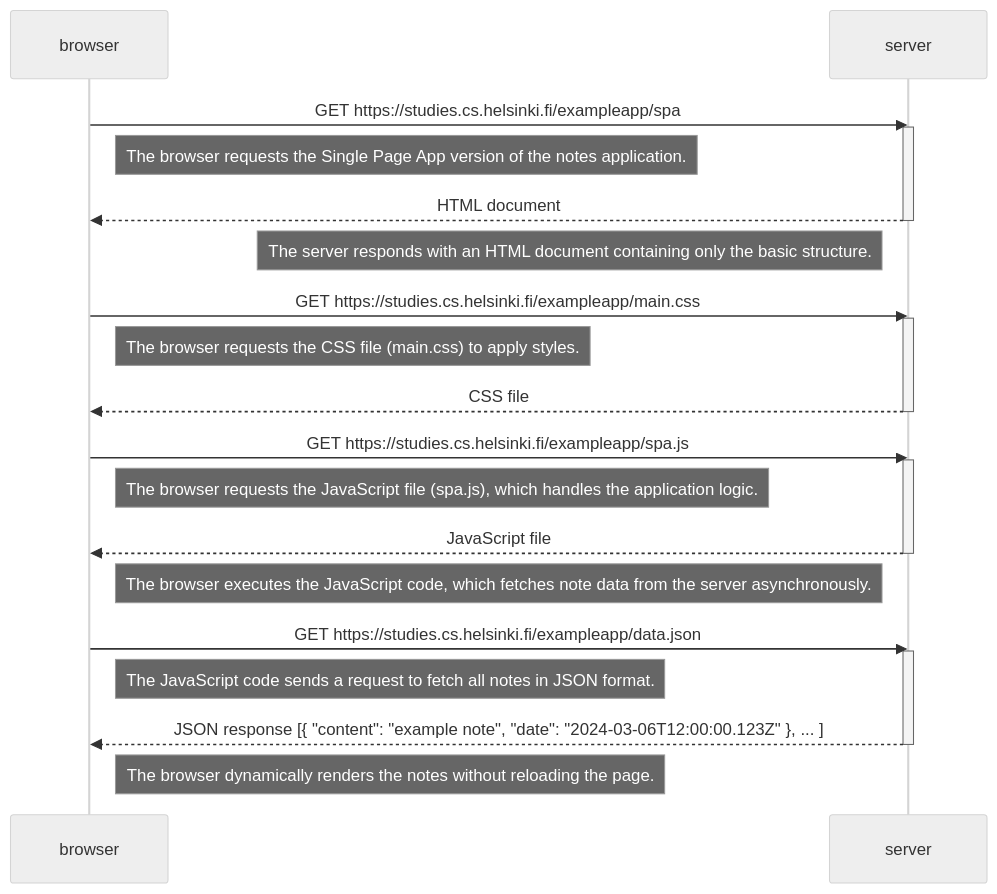
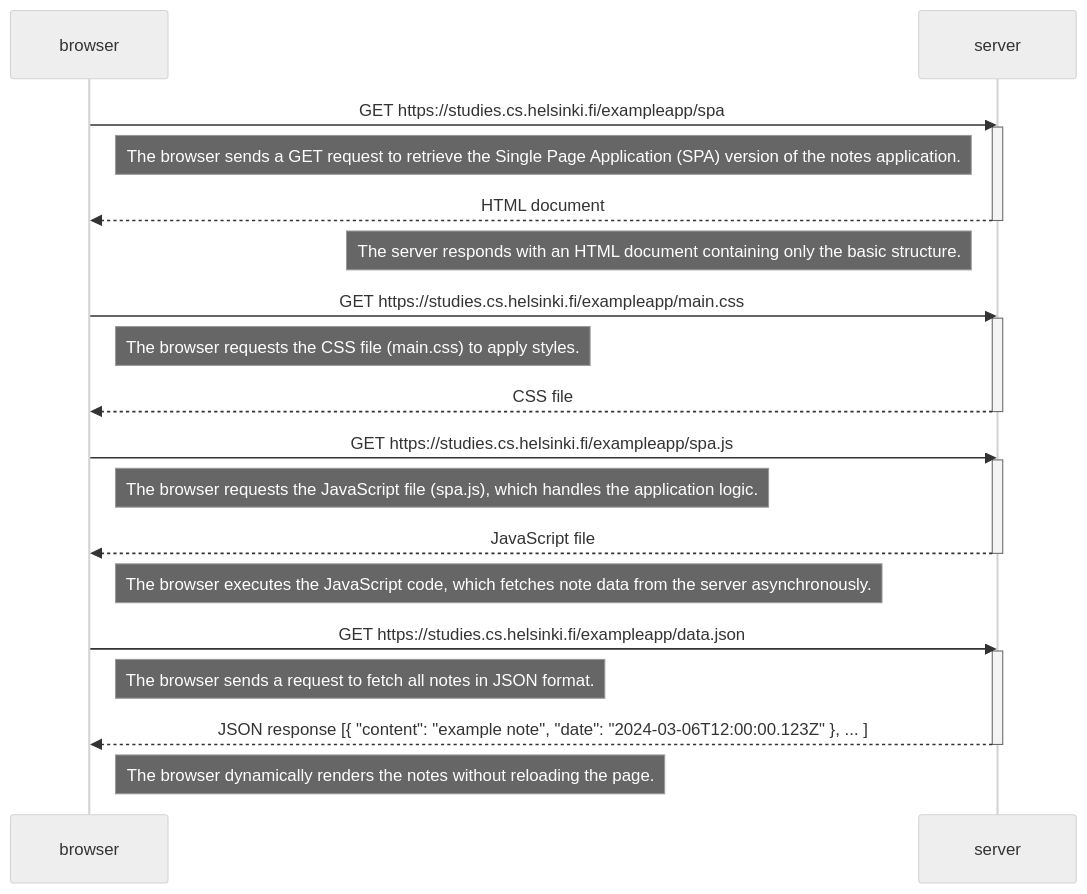
One commit to Maahantuoja/mooc_fullstackopen_palautusrepositorio changed the second of 3 diagrams in osa0/README.md. Above: the diagram before and after it, drawn with Mermaid (neutral theme). The commit also changed other lines of this file, not shown here.

````diff
--- a/osa0/README.md
+++ b/osa0/README.md
@@ -58,43 +58,43 @@
 ```mermaid
 sequenceDiagram
     participant browser
     participant server
 
     browser->>server: GET https://studies.cs.helsinki.fi/exampleapp/spa
     activate server
 
-    Note right of browser: The browser requests the Single Page App version of the notes application.
+    Note right of browser: The browser sends a GET request to retrieve the Single Page Application (SPA) version of the notes application.
 
     server-->>browser: HTML document
     deactivate server
 
     Note left of server: The server responds with an HTML document containing only the basic structure.
 
     browser->>server: GET https://studies.cs.helsinki.fi/exampleapp/main.css
     activate server
 
     Note right of browser: The browser requests the CSS file (main.css) to apply styles.
 
     server-->>browser: CSS file
     deactivate server
     
     browser->>server: GET https://studies.cs.helsinki.fi/exampleapp/spa.js
     activate server
 
     Note right of browser: The browser requests the JavaScript file (spa.js), which handles the application logic.
 
     server-->>browser: JavaScript file
     deactivate server
 
     Note right of browser: The browser executes the JavaScript code, which fetches note data from the server asynchronously.
 
     browser->>server: GET https://studies.cs.helsinki.fi/exampleapp/data.json
     activate server
 
-    Note right of browser: The JavaScript code sends a request to fetch all notes in JSON format.
+    Note right of browser: The browser sends a request to fetch all notes in JSON format.
 
     server-->>browser: JSON response [{ "content": "example note", "date": "2024-03-06T12:00:00.123Z" }, ... ]
     deactivate server    
 
     Note right of browser: The browser dynamically renders the notes without reloading the page.
 ```
````
